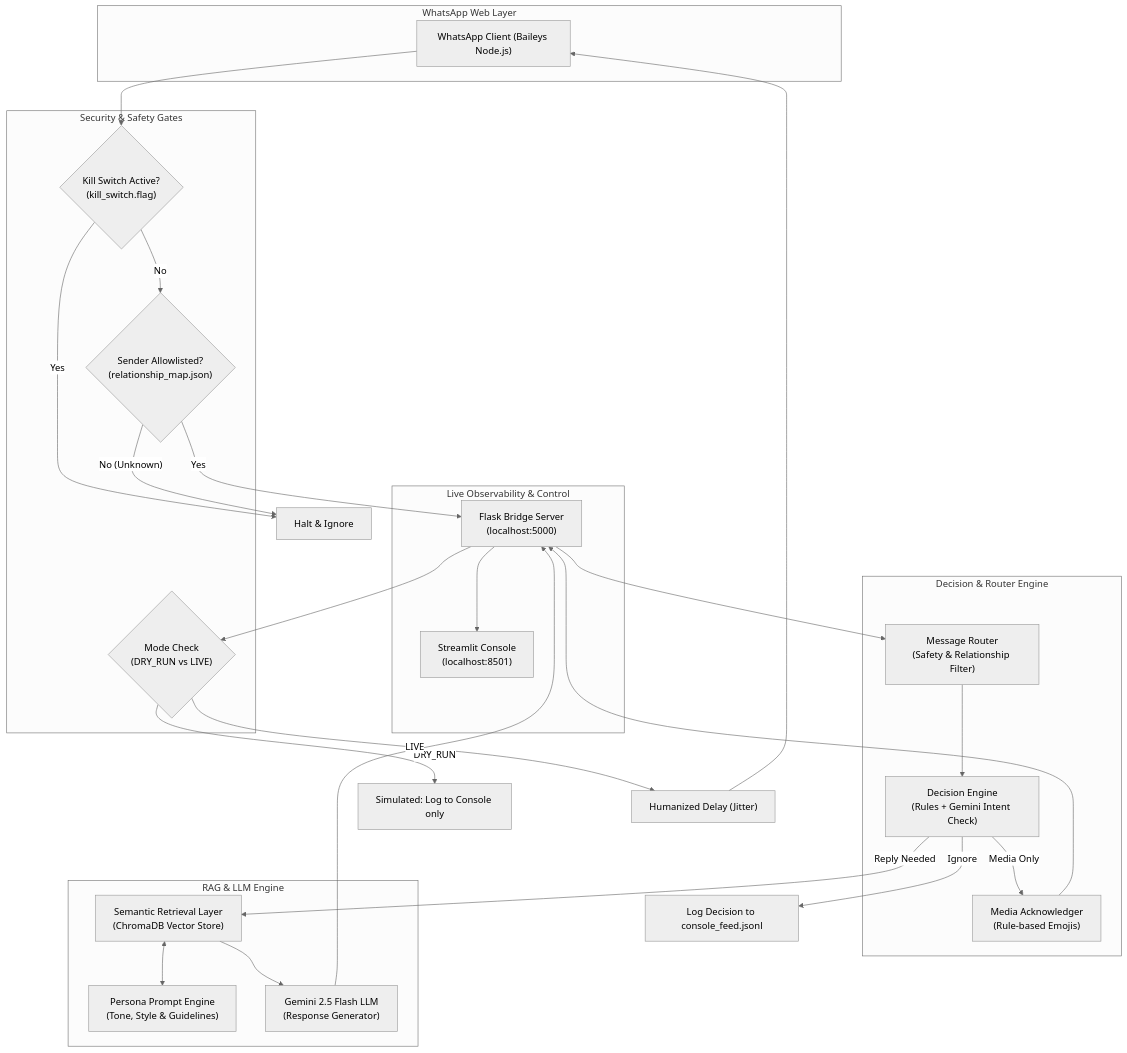
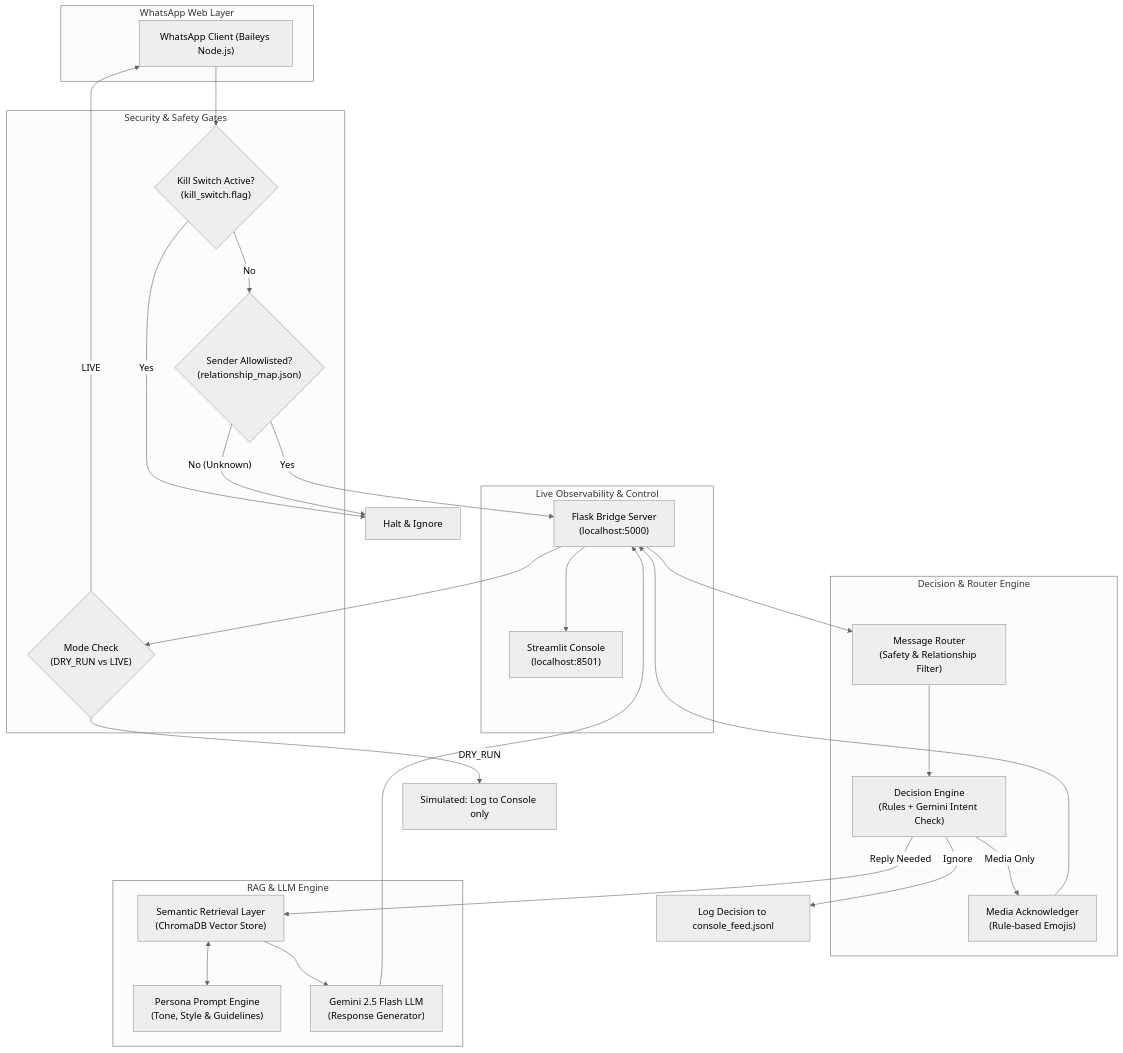
One commit to Rehansheikh787/Whatsapp-cruise-control changed the diagram in README.md. Above: the diagram before and after it, drawn with Mermaid (neutral theme). The commit also changed other lines of this file, not shown here.

````diff
--- a/README.md
+++ b/README.md
@@ -11,51 +37,50 @@
 ```mermaid
 flowchart TD
     subgraph Client["WhatsApp Web Layer"]
         WA["WhatsApp Client (Baileys Node.js)"]
     end
 
     subgraph Gateways["Security & Safety Gates"]
         KS{"Kill Switch Active?<br/>(kill_switch.flag)"}
         AL{"Sender Allowlisted?<br/>(relationship_map.json)"}
         DR{"Mode Check<br/>(DRY_RUN vs LIVE)"}
     end
 
     subgraph Decision["Decision & Router Engine"]
         MR["Message Router<br/>(Safety & Relationship Filter)"]
         DE["Decision Engine<br/>(Rules + Gemini Intent Check)"]
         MA["Media Acknowledger<br/>(Rule-based Emojis)"]
     end
 
     subgraph Intelligence["RAG & LLM Engine"]
         RL["Semantic Retrieval Layer<br/>(ChromaDB Vector Store)"]
         PP["Persona Prompt Engine<br/>(Tone, Style & Guidelines)"]
         LLM["Gemini 2.5 Flash LLM<br/>(Response Generator)"]
     end
 
     subgraph Operations["Live Observability & Control"]
         FLASK["Flask Bridge Server<br/>(localhost:5000)"]
         CONSOLE["Streamlit Console<br/>(localhost:8501)"]
     end
 
     WA --> KS
     KS -- Yes --> DROP["Halt & Ignore"]
     KS -- No --> AL
     AL -- No (Unknown) --> DROP
     AL -- Yes --> FLASK
 
     FLASK --> MR
     MR --> DE
     DE -- Media Only --> MA --> FLASK
     DE -- Ignore --> LOG["Log Decision to console_feed.jsonl"]
     DE -- Reply Needed --> RL
 
     RL <--> PP
     RL --> LLM
     LLM --> FLASK
     FLASK --> CONSOLE
 
     FLASK --> DR
     DR -- DRY_RUN --> SIM["Simulated: Log to Console only"]
-    DR -- LIVE --> HD["Humanized Delay (Jitter)"]
-    HD --> WA
+    DR -- LIVE --> WA
 ```
````
